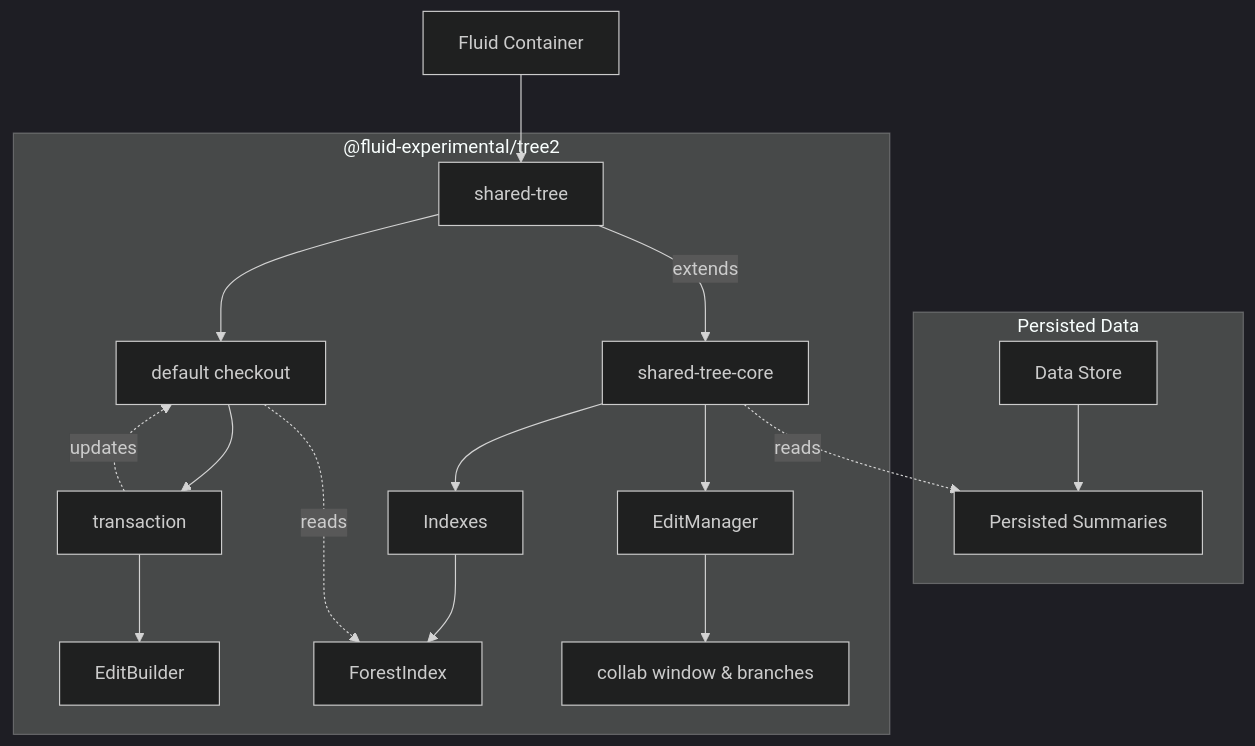
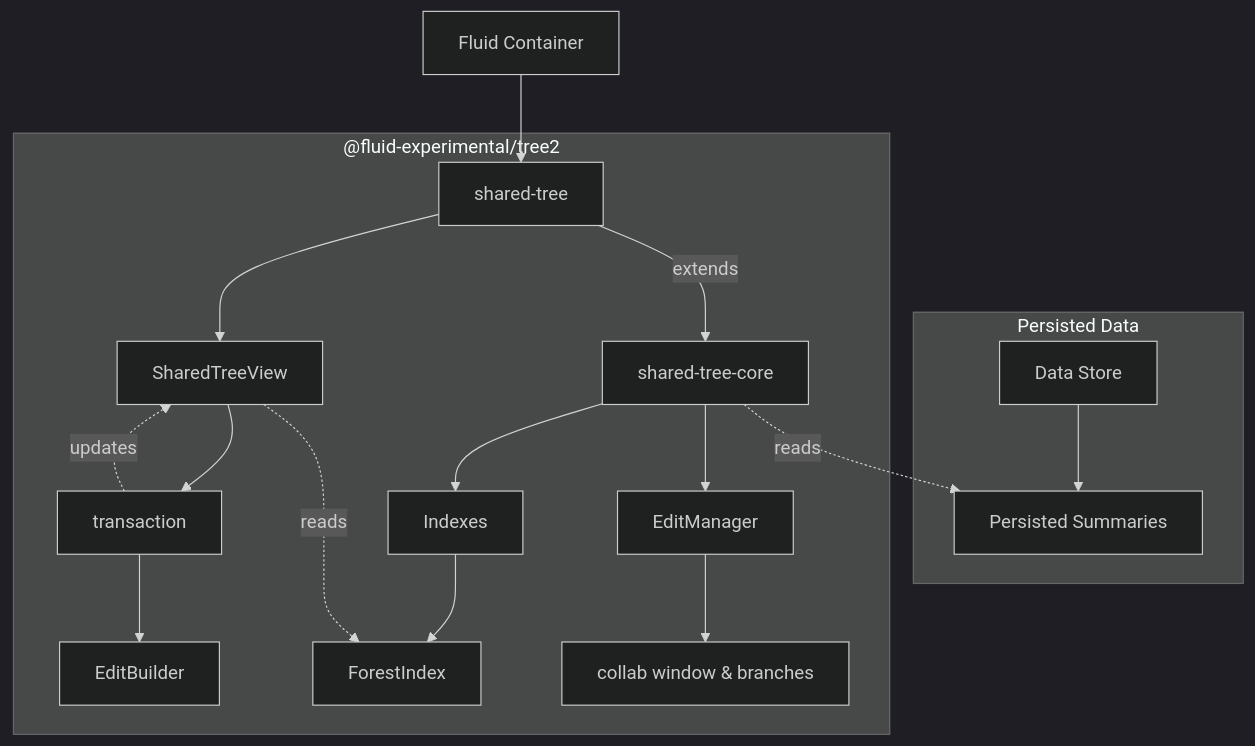
One commit to microsoft/FluidFramework changed the first of 6 diagrams in experimental/dds/tree2/README.md. Above: the diagram before and after it, drawn with Mermaid (dark theme). The commit also changed other lines of this file and 5 other files, not shown here.

First line of the commit message:
docs(tree): Replace usages of the term checkout with view (#15889)

````diff
--- a/experimental/dds/tree2/README.md
+++ b/experimental/dds/tree2/README.md
@@ -107,18 +107,18 @@
 ```mermaid
 graph TD;
     subgraph "Persisted Data"
         store["Data Store"]-->doc["Persisted Summaries"]
     end
     container["Fluid Container"]-->shared-tree
     subgraph "@fluid-experimental/tree2"
         shared-tree--"extends"-->shared-tree-core
         shared-tree-core-."reads".->doc
         shared-tree-core-->EditManager-->X["collab window & branches"]
         shared-tree-core-->Indexes-->ForestIndex
-        shared-tree-->checkout["default checkout"]
-        transaction-."updates".->checkout
+        shared-tree-->view["SharedTreeView"]
+        transaction-."updates".->view
         transaction-->EditBuilder
-        checkout-."reads".->ForestIndex
-        checkout-->transaction
+        view-."reads".->ForestIndex
+        view-->transaction
     end
 ```
````
